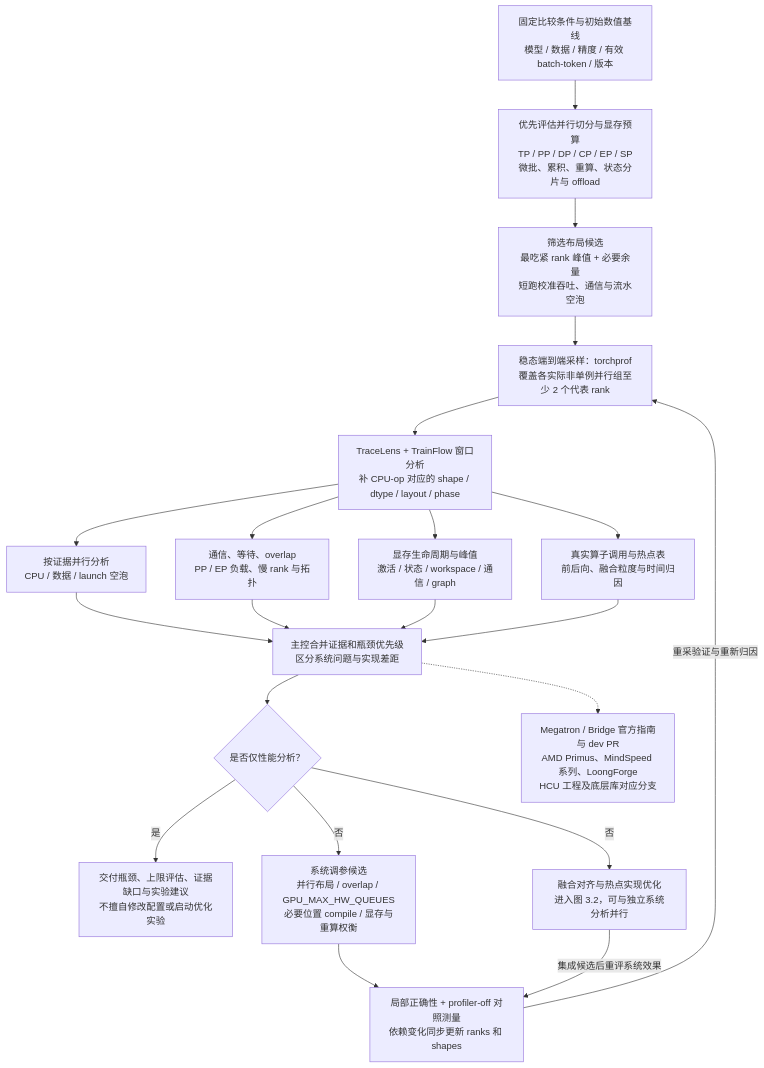
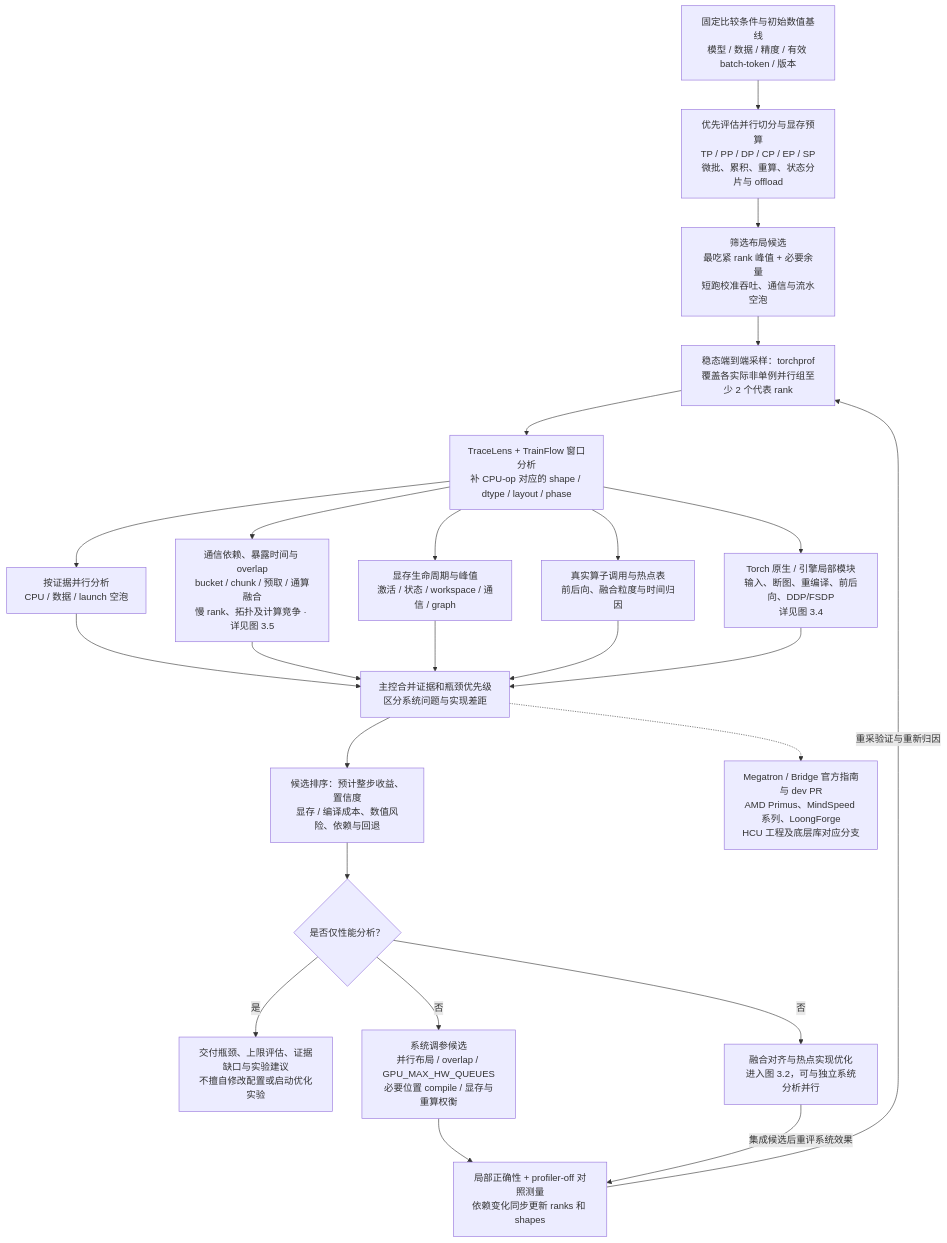
One commit to yuguo-Jack/HCU-TrainFlow changed the third of 12 diagrams in docs/workflow-map.md. Above: the diagram before and after it, drawn with Mermaid. The commit also changed other lines of this file and 32 other files, not shown here.

````diff
--- a/docs/workflow-map.md
+++ b/docs/workflow-map.md
@@ -78,23 +80,26 @@
 ```mermaid
 flowchart TD
     B["固定比较条件与初始数值基线<br/>模型 / 数据 / 精度 / 有效 batch-token / 版本"] --> P["优先评估并行切分与显存预算<br/>TP / PP / DP / CP / EP / SP<br/>微批、累积、重算、状态分片与 offload"]
     P --> M["筛选布局候选<br/>最吃紧 rank 峰值 + 必要余量<br/>短跑校准吞吐、通信与流水空泡"]
     M --> T["稳态端到端采样：torchprof<br/>覆盖各实际非单例并行组至少 2 个代表 rank"]
     T --> TL["TraceLens + TrainFlow 窗口分析<br/>补 CPU-op 对应的 shape / dtype / layout / phase"]
     TL --> A["按证据并行分析<br/>CPU / 数据 / launch 空泡"]
-    TL --> C["通信、等待、overlap<br/>PP / EP 负载、慢 rank 与拓扑"]
+    TL --> C["通信依赖、暴露时间与 overlap<br/>bucket / chunk / 预取 / 通算融合<br/>慢 rank、拓扑及计算竞争 · 详见图 3.5"]
     TL --> V["显存生命周期与峰值<br/>激活 / 状态 / workspace / 通信 / graph"]
     TL --> O["真实算子调用与热点表<br/>前后向、融合粒度与时间归因"]
+    TL --> TORCH["Torch 原生 / 引擎局部模块<br/>输入、断图、重编译、前后向、DDP/FSDP<br/>详见图 3.4"]
     A --> H["主控合并证据和瓶颈优先级<br/>区分系统问题与实现差距"]
     C --> H
     V --> H
     O --> H
-    H --> MODE{"是否仅性能分析？"}
+    TORCH --> H
+    H --> RANK["候选排序：预计整步收益、置信度<br/>显存 / 编译成本、数值风险、依赖与回退"]
+    RANK --> MODE{"是否仅性能分析？"}
     MODE -->|是| REPORT["交付瓶颈、上限评估、证据缺口与实验建议<br/>不擅自修改配置或启动优化实验"]
     MODE -->|否| SYS["系统调参候选<br/>并行布局 / overlap / GPU_MAX_HW_QUEUES<br/>必要位置 compile / 显存与重算权衡"]
     MODE -->|否| K["融合对齐与热点实现优化<br/>进入图 3.2，可与独立系统分析并行"]
     SYS --> VERIFY["局部正确性 + profiler-off 对照测量<br/>依赖变化同步更新 ranks 和 shapes"]
     VERIFY -->|重采验证与重新归因| T
     K -->|集成候选后重评系统效果| VERIFY
     H -.-> REF["Megatron / Bridge 官方指南与 dev PR<br/>AMD Primus、MindSpeed 系列、LoongForge<br/>HCU 工程及底层库对应分支"]
 ```
````
